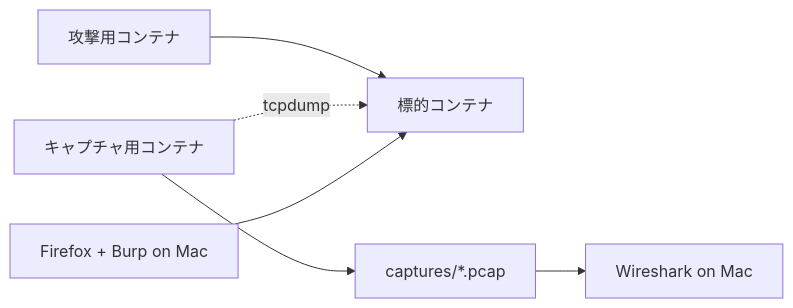
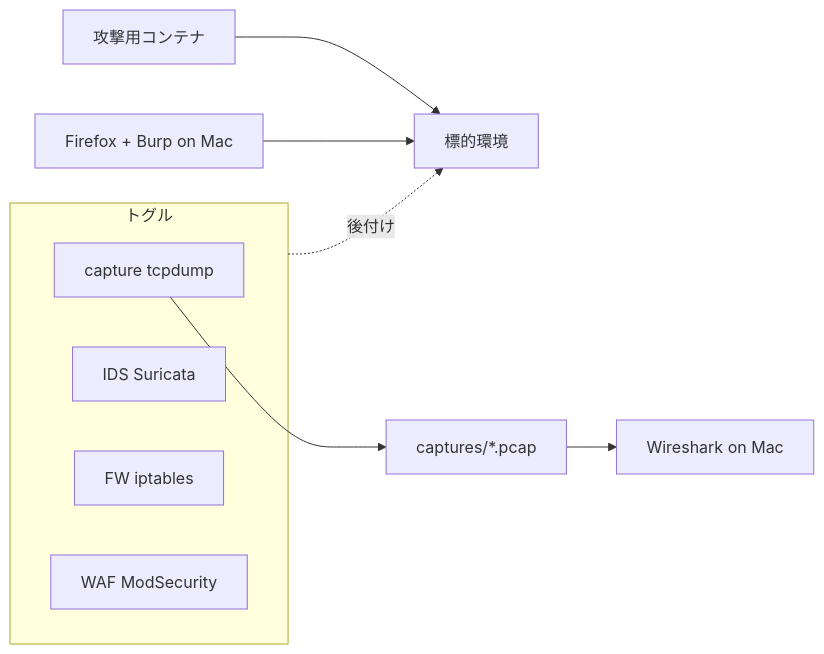
Before and after one commit to keiai0/hacking-labo: the diagram in README.md, drawn with Mermaid. The commit also changed other lines of this file and 41 other files, not shown here.

````diff
--- a/README.md
+++ b/README.md
@@ -30,7 +34,10 @@
 ```mermaid
 flowchart LR
-  A[攻撃用コンテナ] --> T[標的コンテナ]
-  C[キャプチャ用コンテナ] -.tcpdump.-> T
-  C --> P[captures/*.pcap] --> W[Wireshark on Mac]
+  A[攻撃用コンテナ] --> T[標的環境]
+  subgraph TG[トグル]
+    C[capture tcpdump] & I[IDS Suricata] & F[FW iptables] & W[WAF ModSecurity]
+  end
+  TG -.後付け.-> T
+  C --> P[captures/*.pcap] --> WS[Wireshark on Mac]
   B[Firefox + Burp on Mac] --> T
 ```
````
